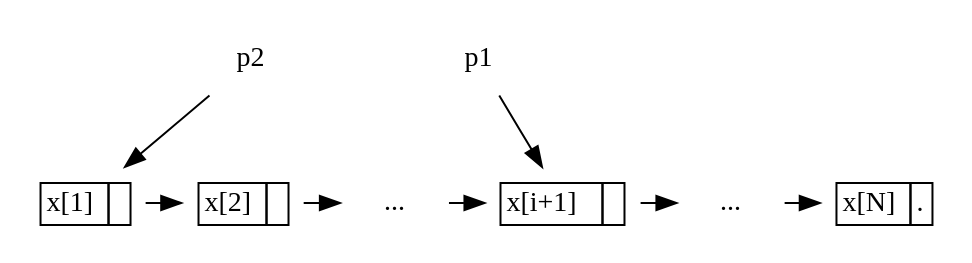
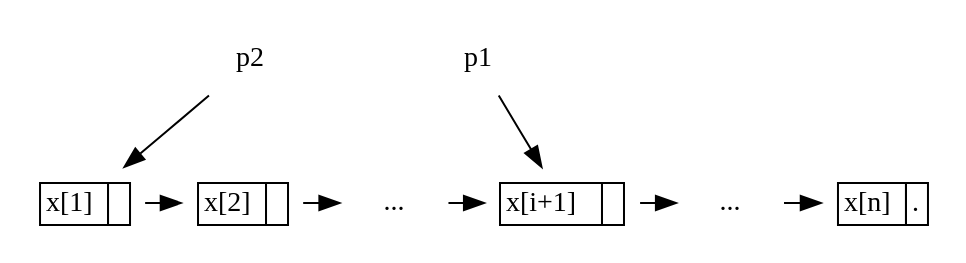
Before and after one commit to liuxinyu95/AlgoXY: the diagram in others/appendix/list/img/list-rindex.dot, drawn with Graphviz. The commit also changed 2 other files, not shown here.

```diff
--- a/others/appendix/list/img/list-rindex.dot
+++ b/others/appendix/list/img/list-rindex.dot
@@ -1,19 +1,19 @@
 digraph G{
     /* reverse indexing. */
     margin="0"
 	node[shape=plaintext];
 	x1[label=<<table BORDER="0" CELLBORDER="1" CELLSPACING="0">
         <tr><td port="car">x[1]</td><td port="cdr"> </td></tr></table>>];
     x2[label=<<table BORDER="0" CELLBORDER="1" CELLSPACING="0">
         <tr><td port="car">x[2]</td><td port="cdr"> </td></tr></table>>];
     dot1 [label="..."];
     xi1[label=<<table BORDER="0" CELLBORDER="1" CELLSPACING="0">
         <tr><td port="car">x[i+1]</td><td port="cdr"> </td></tr></table>>];
     dot2 [label="..."];
     xn[label=<<table BORDER="0" CELLBORDER="1" CELLSPACING="0">
-       <tr><td port="car">x[N]</td><td port="cdr">.</td></tr></table>>];
+       <tr><td port="car">x[n]</td><td port="cdr">.</td></tr></table>>];
         {rank=same x1->x2->dot1->xi1->dot2->xn};
         {rank=same p2->p1[style=invis]};
         p2->x1;
         p1->xi1;
 }
```
